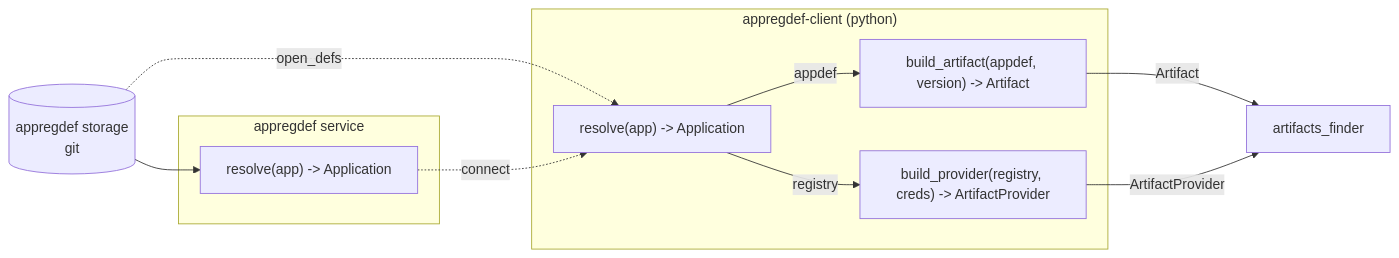
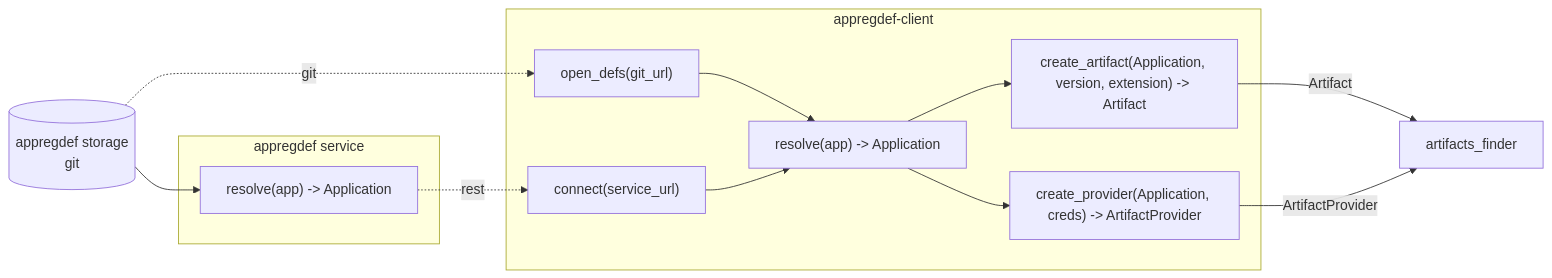
Before and after one commit to Netcracker/qubership-envgene: the diagram in docs/analysis/app-reg-def/library/interface-spec.md, drawn with Mermaid. The commit also changed other lines of this file and 1 other file, not shown here.

First line of the commit message:
docs: flesh out appregdef-client interface spec operations

````diff
--- a/docs/analysis/app-reg-def/library/interface-spec.md
+++ b/docs/analysis/app-reg-def/library/interface-spec.md
@@ -16,20 +26,24 @@
 ```mermaid
 flowchart LR
   repo[("appregdef storage<br/>git")]
   subgraph svc["appregdef service"]
     sr["resolve(app) -> Application"]
   end
-  subgraph client["appregdef-client (python)"]
+  subgraph client["appregdef-client"]
+    od["open_defs(git_url)"]
+    cn["connect(service_url)"]
     cr["resolve(app) -> Application"]
-    ba["build_artifact(appdef, version) -> Artifact"]
-    bp["build_provider(registry, creds) -> ArtifactProvider"]
+    ba["create_artifact(Application, version, extension) -> Artifact"]
+    bp["create_provider(Application, creds) -> ArtifactProvider"]
   end
   af["artifacts_finder"]
   repo --> sr
-  repo -. "open_defs" .-> cr
-  sr -. "connect" .-> cr
-  cr -->|appdef| ba
-  cr -->|registry| bp
+  repo -. git .-> od
+  sr -. rest .-> cn
+  od --> cr
+  cn --> cr
+  cr --> ba
+  cr --> bp
   ba -->|Artifact| af
   bp -->|ArtifactProvider| af
 ```
````
